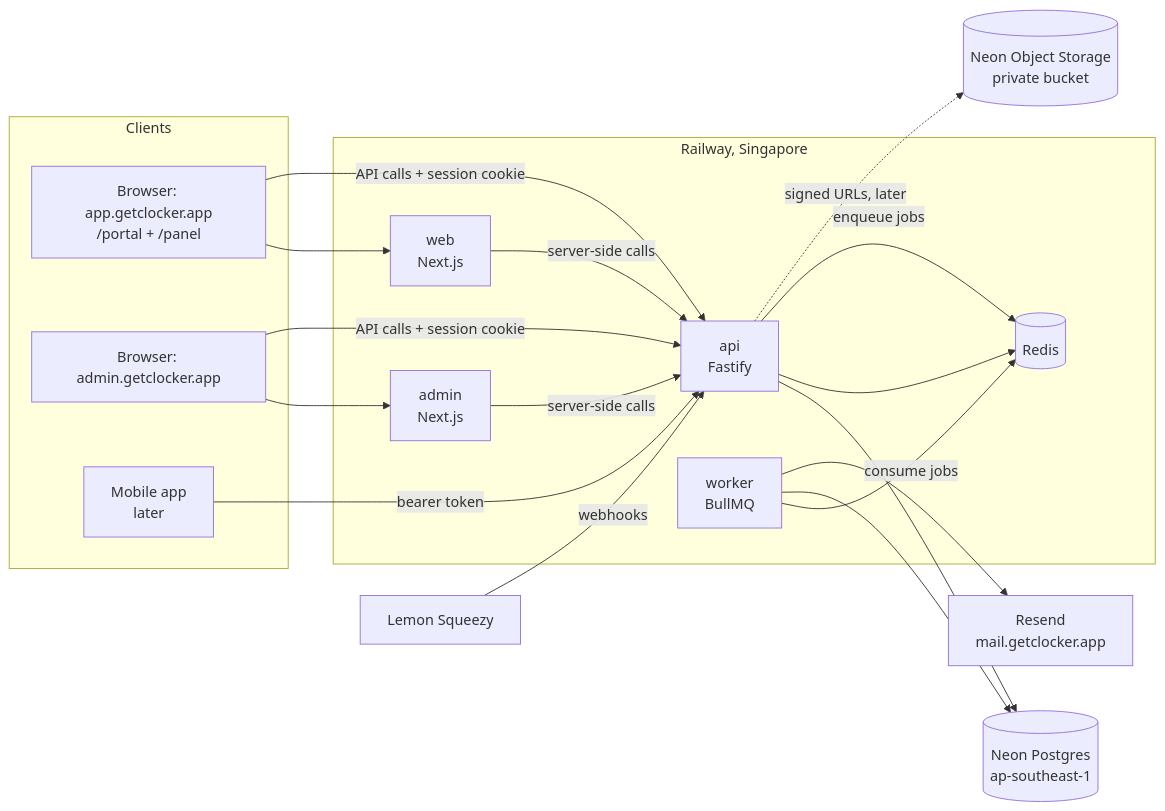
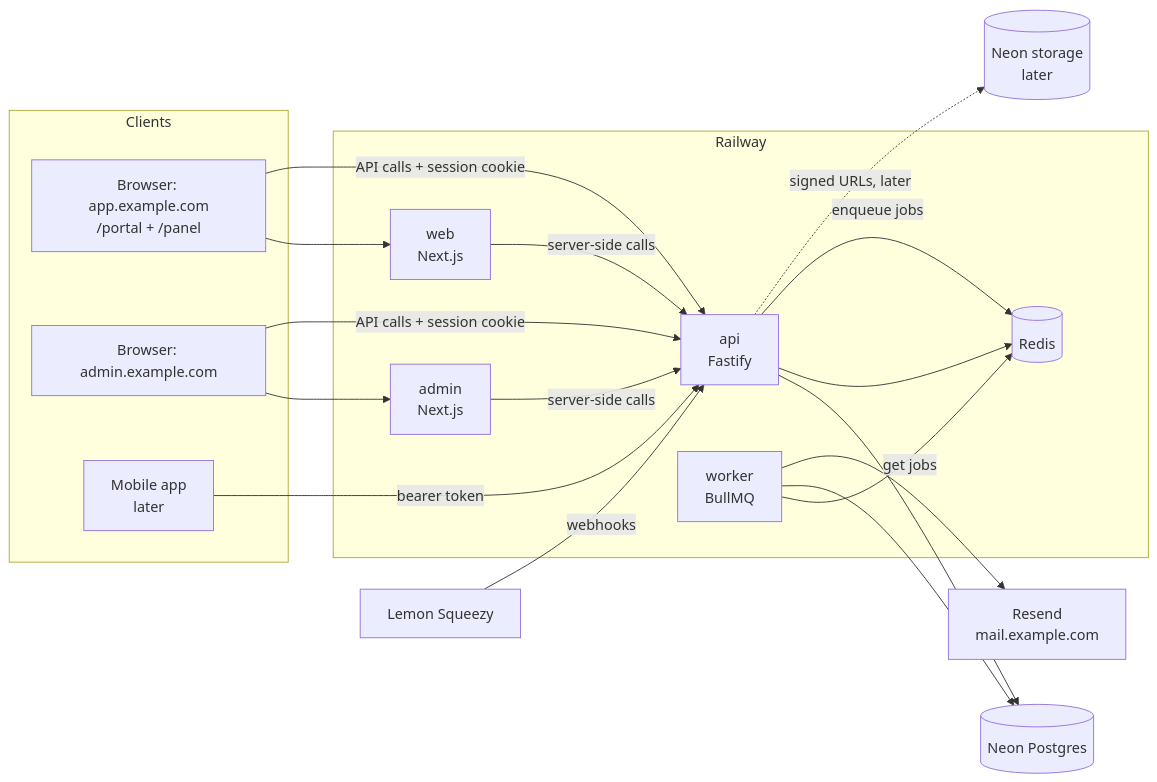
One commit to shyambheda/clocker-app-monorepo changed the diagram in docs/architecture/overview.md. Above: the diagram before and after it, drawn with Mermaid. The commit also changed other lines of this file and 29 other files, not shown here.

````diff
--- a/docs/architecture/overview.md
+++ b/docs/architecture/overview.md
@@ -5,37 +7,37 @@
 ```mermaid
 flowchart LR
   subgraph Clients
-    W[Browser: app.getclocker.app<br/>/portal + /panel]
-    A[Browser: admin.getclocker.app]
+    W[Browser: app.example.com<br/>/portal + /panel]
+    A[Browser: admin.example.com]
     M[Mobile app<br/>later]
   end
 
-  subgraph Railway [Railway, Singapore]
+  subgraph Railway [Railway]
     WEB[web<br/>Next.js]
     ADM[admin<br/>Next.js]
     API[api<br/>Fastify]
     WRK[worker<br/>BullMQ]
     R[(Redis)]
   end
 
-  N[(Neon Postgres<br/>ap-southeast-1)]
-  S[(Neon Object Storage<br/>private bucket)]
-  E[Resend<br/>mail.getclocker.app]
+  N[(Neon Postgres)]
+  S[(Neon storage<br/>later)]
+  E[Resend<br/>mail.example.com]
   LS[Lemon Squeezy]
 
   W --> WEB
   A --> ADM
   W -- API calls + session cookie --> API
   A -- API calls + session cookie --> API
   M -- bearer token --> API
   WEB -- server-side calls --> API
   ADM -- server-side calls --> API
   API --> N
   API --> R
   API -- enqueue jobs --> R
-  WRK -- consume jobs --> R
+  WRK -- get jobs --> R
   WRK --> N
   WRK --> E
   API -. signed URLs, later .-> S
   LS -- webhooks --> API
 ```
````
